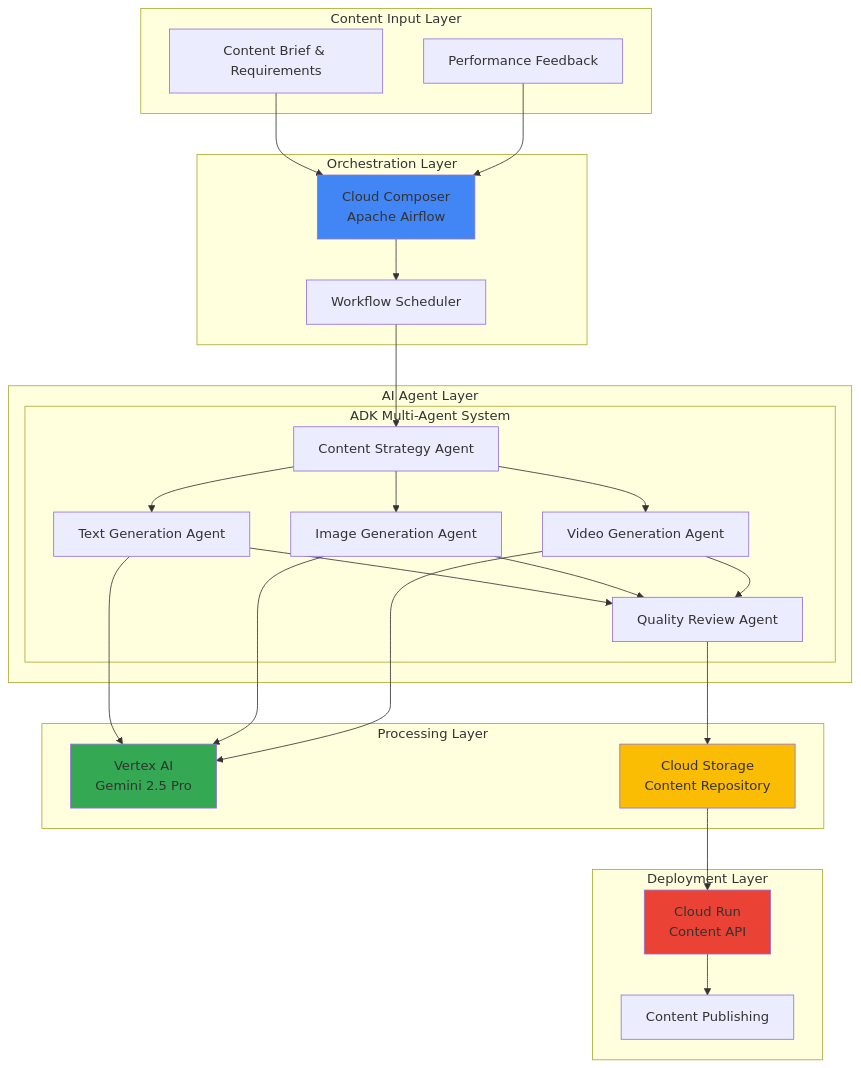
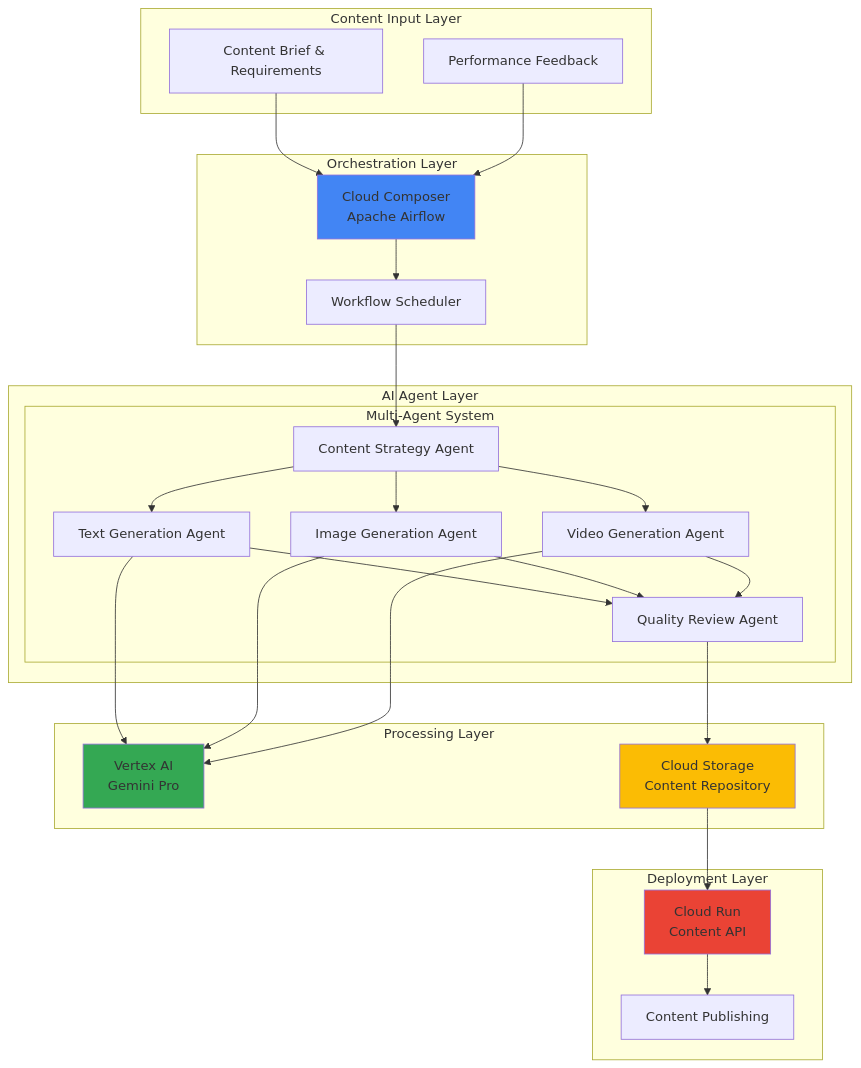
Before and after one commit to mzazon/awesome-cloud-projects: the diagram in gcp/multi-modal-ai-content-generation-composer-vertex-ai-agent-development-kit/multi-modal-ai-content-generation-composer-vertex-ai-agent-development-kit.md, drawn with Mermaid. The commit also changed other lines of this file and 5581 other files, not shown here.

````diff
--- a/gcp/multi-modal-ai-content-generation-composer-vertex-ai-agent-development-kit/multi-modal-ai-content-generation-composer-vertex-ai-agent-development-kit.md
+++ b/gcp/multi-modal-ai-content-generation-composer-vertex-ai-agent-development-kit/multi-modal-ai-content-generation-composer-vertex-ai-agent-development-kit.md
@@ -30,58 +30,58 @@
 ```mermaid
 graph TB
     subgraph "Content Input Layer"
         INPUT[Content Brief & Requirements]
         FEEDBACK[Performance Feedback]
     end
     
     subgraph "Orchestration Layer"
         COMPOSER[Cloud Composer<br/>Apache Airflow]
         SCHEDULER[Workflow Scheduler]
     end
     
     subgraph "AI Agent Layer"
-        subgraph "ADK Multi-Agent System"
+        subgraph "Multi-Agent System"
             CONTENT_AGENT[Content Strategy Agent]
             TEXT_AGENT[Text Generation Agent]
             IMAGE_AGENT[Image Generation Agent]
             VIDEO_AGENT[Video Generation Agent]
             REVIEW_AGENT[Quality Review Agent]
         end
     end
     
     subgraph "Processing Layer"
-        VERTEX[Vertex AI<br/>Gemini 2.5 Pro]
+        VERTEX[Vertex AI<br/>Gemini Pro]
         STORAGE[Cloud Storage<br/>Content Repository]
     end
     
     subgraph "Deployment Layer"
         CLOUD_RUN[Cloud Run<br/>Content API]
         PUBLISH[Content Publishing]
     end
     
     INPUT --> COMPOSER
     FEEDBACK --> COMPOSER
     COMPOSER --> SCHEDULER
     SCHEDULER --> CONTENT_AGENT
     
     CONTENT_AGENT --> TEXT_AGENT
     CONTENT_AGENT --> IMAGE_AGENT
     CONTENT_AGENT --> VIDEO_AGENT
     
     TEXT_AGENT --> VERTEX
     IMAGE_AGENT --> VERTEX
     VIDEO_AGENT --> VERTEX
     
     TEXT_AGENT --> REVIEW_AGENT
     IMAGE_AGENT --> REVIEW_AGENT
     VIDEO_AGENT --> REVIEW_AGENT
     
     REVIEW_AGENT --> STORAGE
     STORAGE --> CLOUD_RUN
     CLOUD_RUN --> PUBLISH
     
     style COMPOSER fill:#4285F4
     style VERTEX fill:#34A853
     style STORAGE fill:#FBBC04
     style CLOUD_RUN fill:#EA4335
 ```
````
